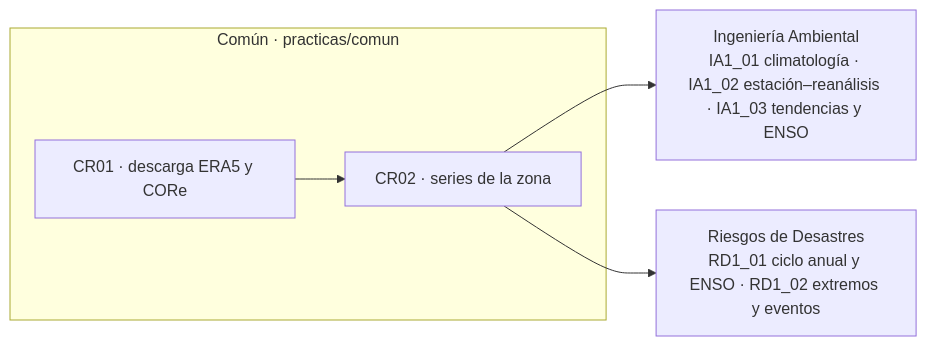
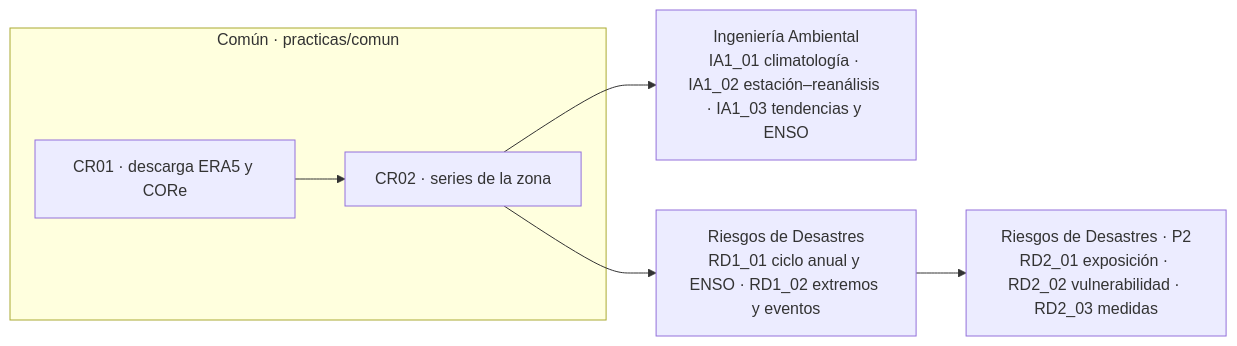
One commit to crispaliz/cambio-climatico-espam changed the diagram in practicas/README.md. Above: the diagram before and after it, drawn with Mermaid. The commit also changed other lines of this file and 14 other files, not shown here.

First line of the commit message:
Riesgos P2: RD2_02 vulnerabilidad, RD2_03 medidas, guías y evaluaciones

````diff
--- a/practicas/README.md
+++ b/practicas/README.md
@@ -16,8 +16,9 @@
 ```mermaid
 flowchart LR
   subgraph C["Común · practicas/comun"]
     CR01["CR01 · descarga ERA5 y CORe"] --> CR02["CR02 · series de la zona"]
   end
   CR02 --> IA["Ingeniería Ambiental<br/>IA1_01 climatología · IA1_02 estación–reanálisis · IA1_03 tendencias y ENSO"]
   CR02 --> RD["Riesgos de Desastres<br/>RD1_01 ciclo anual y ENSO · RD1_02 extremos y eventos"]
+  RD --> RD2["Riesgos de Desastres · P2<br/>RD2_01 exposición · RD2_02 vulnerabilidad · RD2_03 medidas"]
 ```
````
